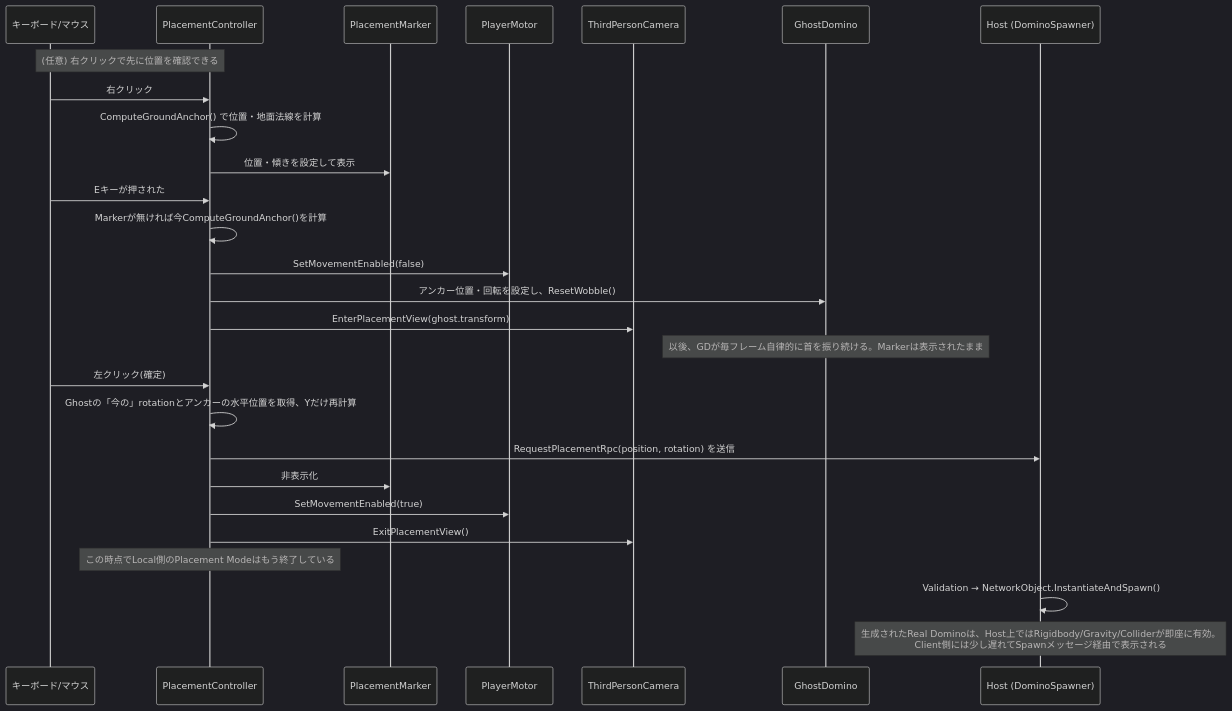
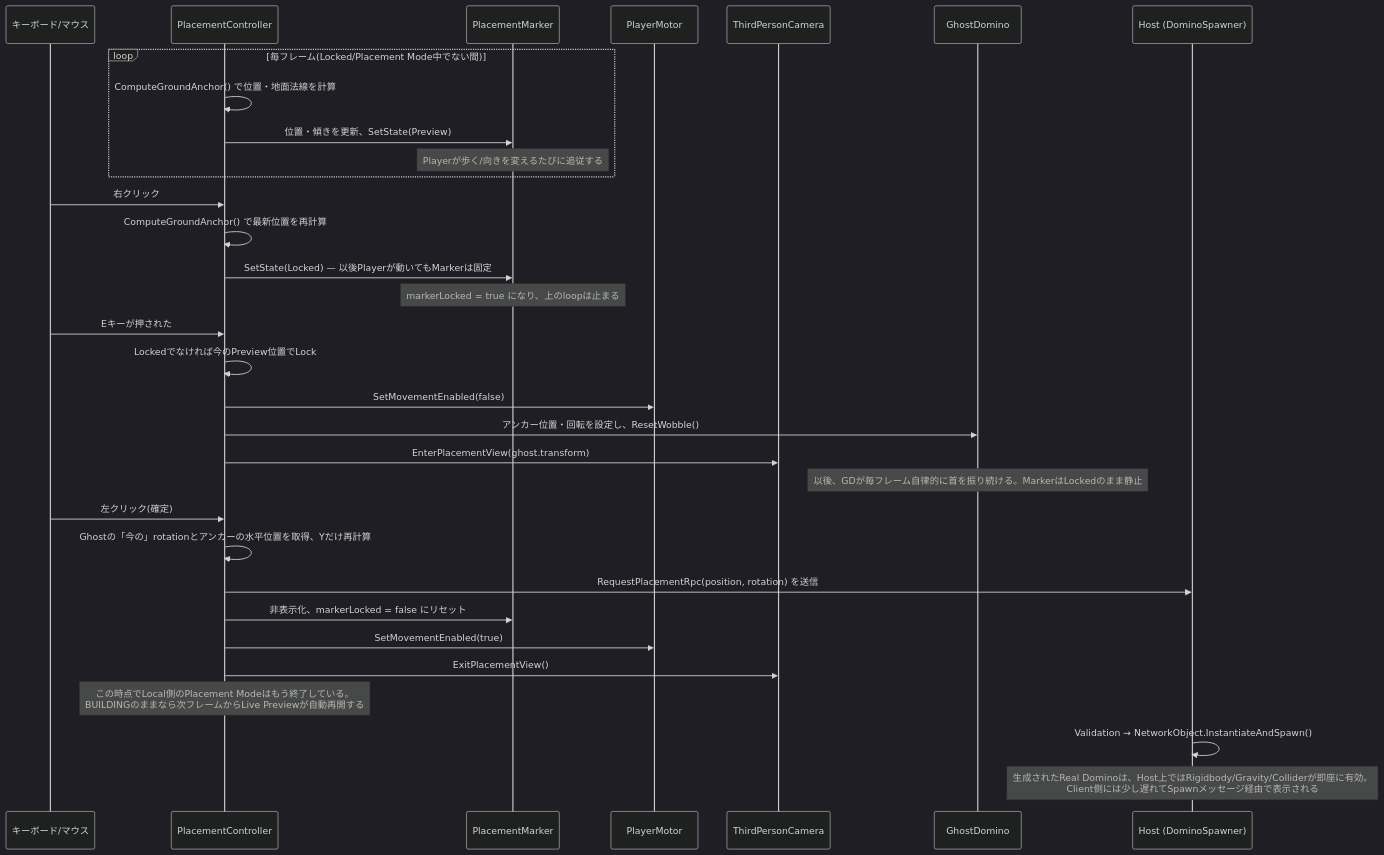
The first of 2 diagrams in Docs/PlayerSystem.md (skygonzaburou/domino-game), drawn with Mermaid (dark theme) before and after one commit. The commit also changed other lines of this file and 3 other files, not shown here.

First line of the commit message:
Step 6.1: Placement Marker Live Preview (Preview/Locked states)

````diff
--- a/Docs/PlayerSystem.md
+++ b/Docs/PlayerSystem.md
@@ -208,32 +219,38 @@
 ```mermaid
 sequenceDiagram
     participant Kb as キーボード/マウス
     participant PC as PlacementController
     participant Mk as PlacementMarker
     participant PM as PlayerMotor
     participant Cam as ThirdPersonCamera
     participant GD as GhostDomino
     participant Host as Host (DominoSpawner)
 
-    Note over Kb,PC: (任意) 右クリックで先に位置を確認できる
+    loop 毎フレーム(Locked/Placement Mode中でない間)
+        PC->>PC: ComputeGroundAnchor() で位置・地面法線を計算
+        PC->>Mk: 位置・傾きを更新、SetState(Preview)
+        Note over Mk: Playerが歩く/向きを変えるたびに追従する
+    end
+
     Kb->>PC: 右クリック
-    PC->>PC: ComputeGroundAnchor() で位置・地面法線を計算
-    PC->>Mk: 位置・傾きを設定して表示
+    PC->>PC: ComputeGroundAnchor() で最新位置を再計算
+    PC->>Mk: SetState(Locked) — 以後Playerが動いてもMarkerは固定
+    Note over Mk: markerLocked = true になり、上のloopは止まる
 
     Kb->>PC: Eキーが押された
-    PC->>PC: Markerが無ければ今ComputeGroundAnchor()を計算
+    PC->>PC: Lockedでなければ今のPreview位置でLock
     PC->>PM: SetMovementEnabled(false)
     PC->>GD: アンカー位置・回転を設定し、ResetWobble()
     PC->>Cam: EnterPlacementView(ghost.transform)
-    Note over GD: 以後、GDが毎フレーム自律的に首を振り続ける。Markerは表示されたまま
+    Note over GD: 以後、GDが毎フレーム自律的に首を振り続ける。MarkerはLockedのまま静止
 
     Kb->>PC: 左クリック(確定)
     PC->>PC: Ghostの「今の」rotationとアンカーの水平位置を取得、Yだけ再計算
     PC->>Host: RequestPlacementRpc(position, rotation) を送信
-    PC->>Mk: 非表示化
+    PC->>Mk: 非表示化、markerLocked = false にリセット
     PC->>PM: SetMovementEnabled(true)
     PC->>Cam: ExitPlacementView()
-    Note over PC: この時点でLocal側のPlacement Modeはもう終了している
+    Note over PC: この時点でLocal側のPlacement Modeはもう終了している。<br/>BUILDINGのままなら次フレームからLive Previewが自動再開する
     Host->>Host: Validation → NetworkObject.InstantiateAndSpawn()
     Note over Host: 生成されたReal Dominoは、Host上ではRigidbody/Gravity/Colliderが即座に有効。<br/>Client側には少し遅れてSpawnメッセージ経由で表示される
 ```
````
